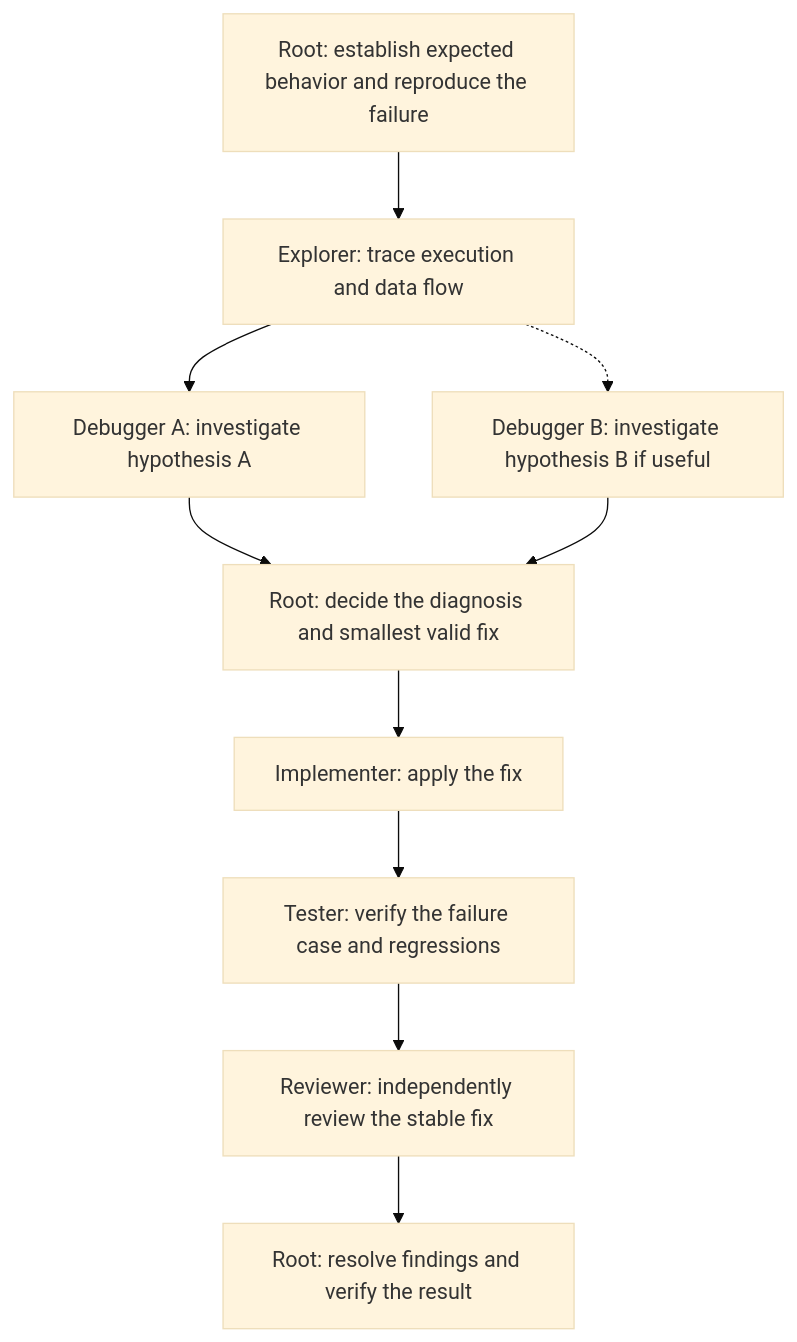
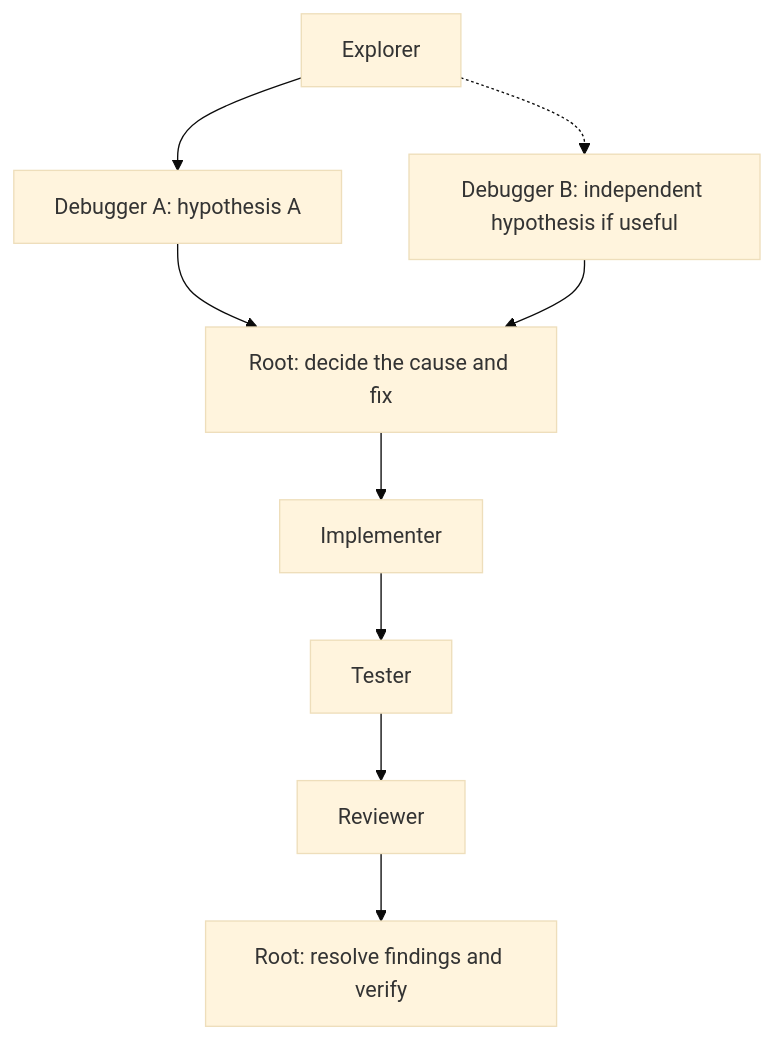
One commit to jsainthilaire/agent-rig changed the second of 3 diagrams in README.md. Above: the diagram before and after it, drawn with Mermaid (base theme). The commit also changed other lines of this file and 65 other files, not shown here.

````diff
--- a/README.md
+++ b/README.md
@@ -114,12 +161,11 @@
 ```mermaid
 flowchart TD
-    Start["Root: establish expected behavior and reproduce the failure"] --> Explorer["Explorer: trace execution and data flow"]
-    Explorer --> A["Debugger A: investigate hypothesis A"]
-    Explorer -.-> B["Debugger B: investigate hypothesis B if useful"]
-    A --> Diagnosis["Root: decide the diagnosis and smallest valid fix"]
+    Explorer[Explorer] --> A[Debugger A: hypothesis A]
+    Explorer -.-> B[Debugger B: independent hypothesis if useful]
+    A --> Diagnosis[Root: decide the cause and fix]
     B --> Diagnosis
-    Diagnosis --> Implementer["Implementer: apply the fix"]
-    Implementer --> Tester["Tester: verify the failure case and regressions"]
-    Tester --> Reviewer["Reviewer: independently review the stable fix"]
-    Reviewer --> Verify["Root: resolve findings and verify the result"]
+    Diagnosis --> Implementer[Implementer]
+    Implementer --> Tester[Tester]
+    Tester --> Reviewer[Reviewer]
+    Reviewer --> Verify[Root: resolve findings and verify]
 ```
````
